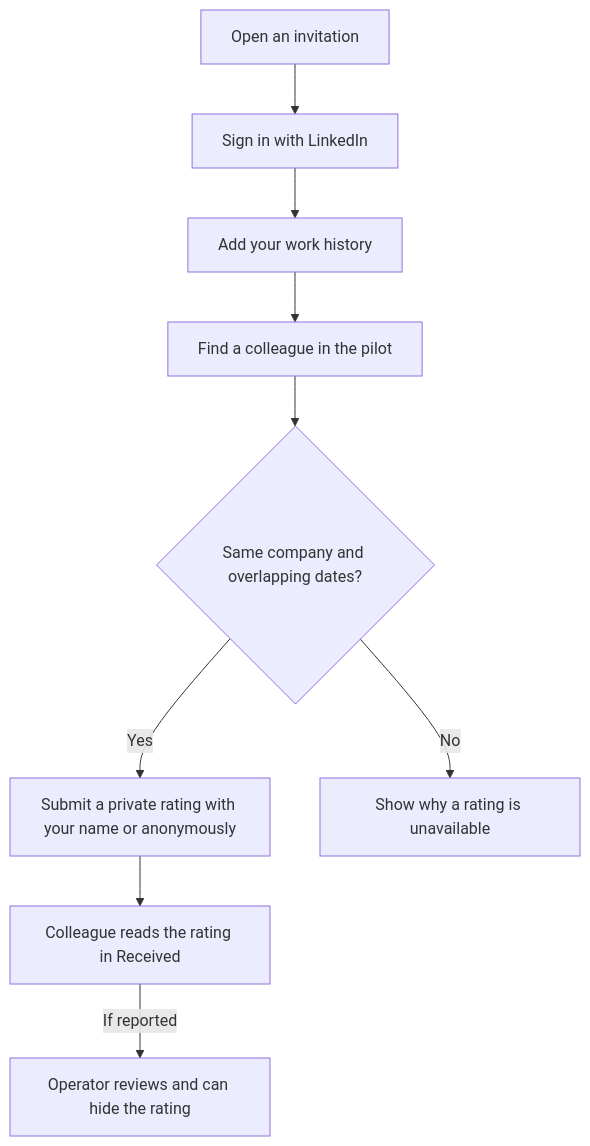
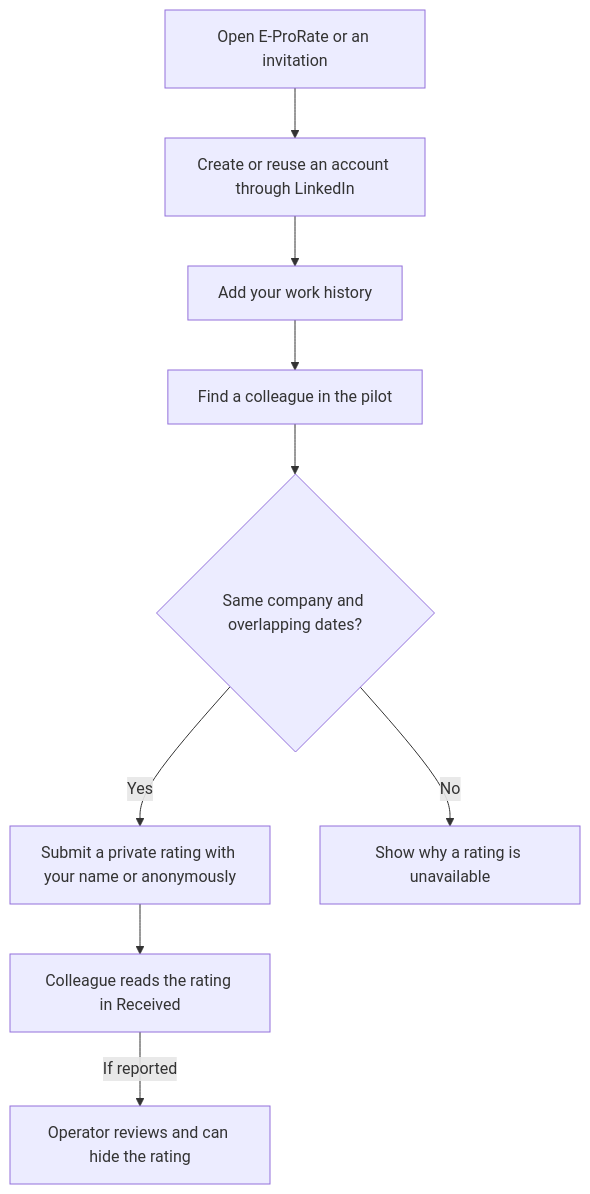
The first of 2 diagrams in E-ProRate_Launch_Plan.md (MicroSaaSs/EmployeeRating), drawn with Mermaid before and after one commit. The commit also changed other lines of this file and 16 other files, not shown here.

Commit message:
Open LinkedIn sign-up and link optional invitations

````diff
--- a/E-ProRate_Launch_Plan.md
+++ b/E-ProRate_Launch_Plan.md
@@ -9,11 +9,11 @@
 ```mermaid
 flowchart TD
-    Invite["Open an invitation"] --> SignIn["Sign in with LinkedIn"]
+    Landing["Open E-ProRate or an invitation"] --> SignIn["Create or reuse an account through LinkedIn"]
     SignIn --> History["Add your work history"]
     History --> Find["Find a colleague in the pilot"]
     Find --> Check{"Same company and overlapping dates?"}
     Check -->|Yes| Rate["Submit a private rating with your name or anonymously"]
     Check -->|No| Explain["Show why a rating is unavailable"]
     Rate --> Receive["Colleague reads the rating in Received"]
     Receive -->|If reported| Moderate["Operator reviews and can hide the rating"]
 ```
````
